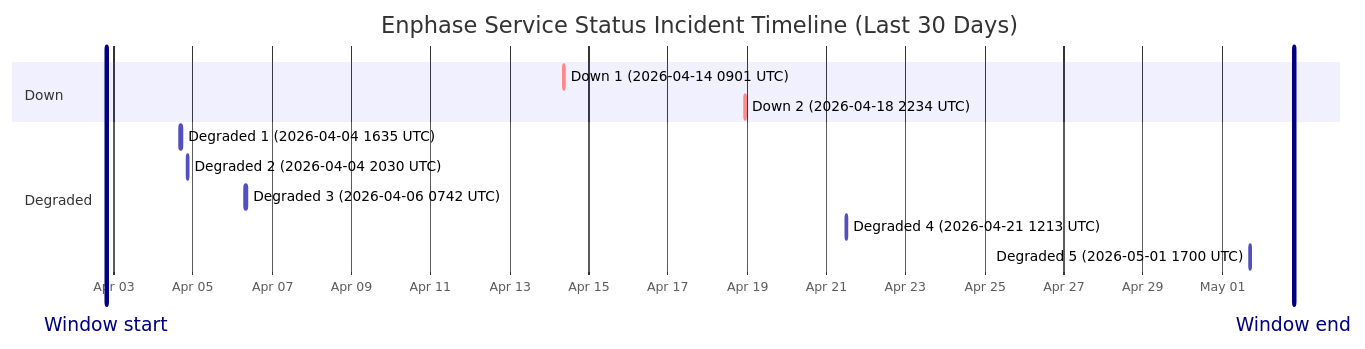
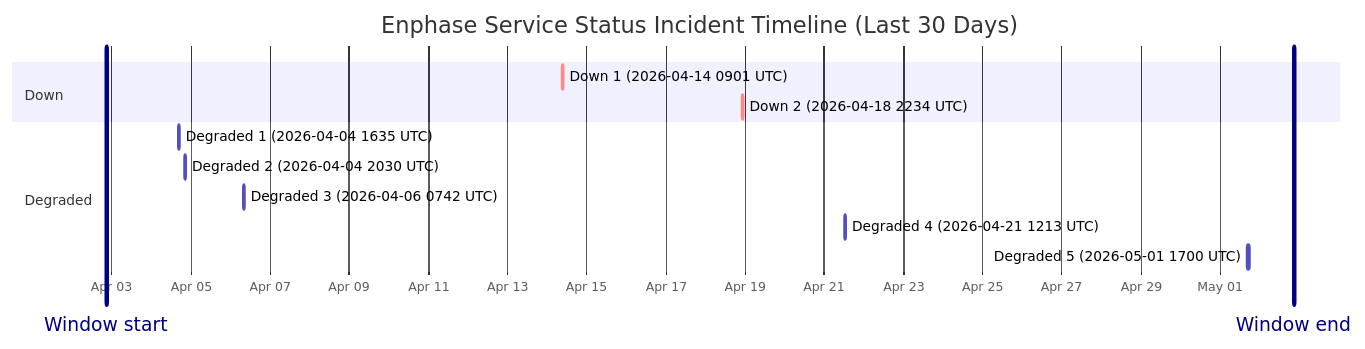
The diagram in wiki/Service-Status-History.md (barneyonline/ha-enphase-ev-charger), drawn with Mermaid before and after one commit. The commit also changed other lines of this file and 3 other files, not shown here.

````diff
--- a/wiki/Service-Status-History.md
+++ b/wiki/Service-Status-History.md
@@ -14,17 +14,17 @@
 ```mermaid
 gantt
     title Enphase Service Status Incident Timeline (Last 30 Days)
     dateFormat  YYYY-MM-DDTHH:mm:ss
     axisFormat  %b %d
-    Window start :vert, window-start, 2026-04-02T19:34:10, 0ms
-    Window end :vert, window-end, 2026-05-02T19:34:10, 0ms
+    Window start :vert, window-start, 2026-04-02T20:40:13, 0ms
+    Window end :vert, window-end, 2026-05-02T20:40:13, 0ms
     section Down
     Down 1 (2026-04-14 0901 UTC) :crit, down-1, 2026-04-14T09:01:13, 60m
     Down 2 (2026-04-18 2234 UTC) :crit, down-2, 2026-04-18T22:34:13, 60m
     section Degraded
     Degraded 1 (2026-04-04 1635 UTC) :active, degraded-1, 2026-04-04T16:35:17, 60m
     Degraded 2 (2026-04-04 2030 UTC) :active, degraded-2, 2026-04-04T20:30:40, 60m
     Degraded 3 (2026-04-06 0742 UTC) :active, degraded-3, 2026-04-06T07:42:09, 85m
     Degraded 4 (2026-04-21 1213 UTC) :active, degraded-4, 2026-04-21T12:13:11, 60m
     Degraded 5 (2026-05-01 1700 UTC) :active, degraded-5, 2026-05-01T17:00:22, 60m
 ```
````
